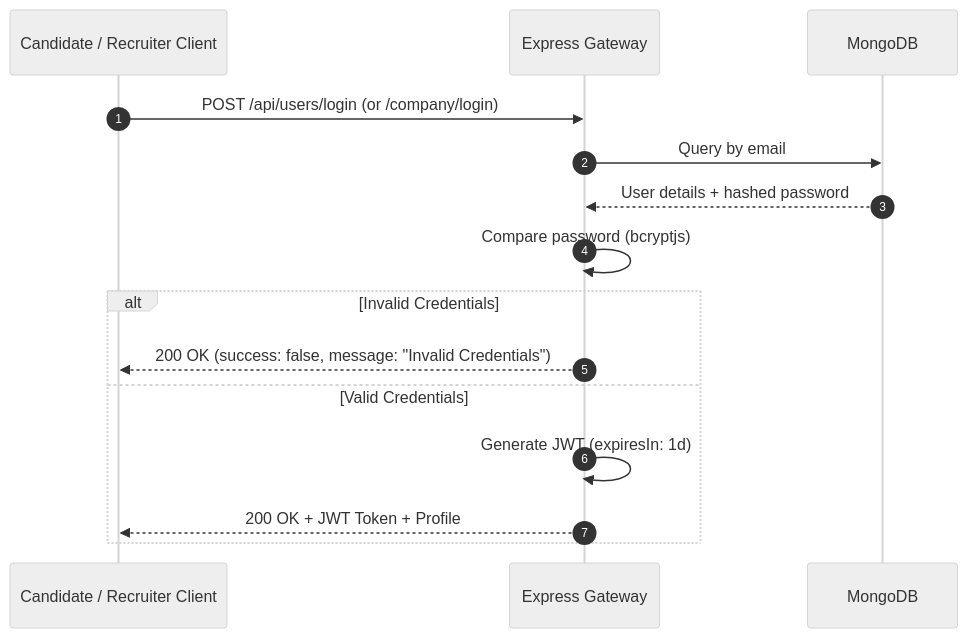
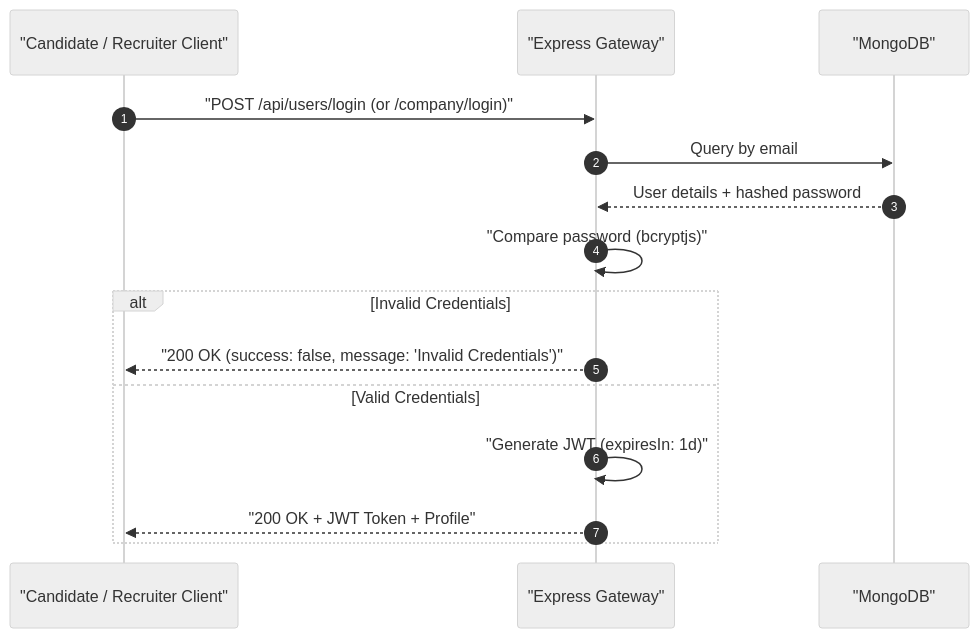
Before and after one commit to SarthakDudhe/InsiderJobs: the second of 3 diagrams in README.md, drawn with Mermaid (neutral theme). The commit also changed other lines of this file, not shown here.

Commit message:
update Mermaid diagrams with correct formatting and authentication flow accuracy

````diff
--- a/README.md
+++ b/README.md
@@ -144,18 +144,18 @@
 ```mermaid
 sequenceDiagram
     autonumber
-    participant Client as Candidate / Recruiter Client
-    participant API as Express Gateway
-    participant Database as MongoDB
+    participant Client as "Candidate / Recruiter Client"
+    participant API as "Express Gateway"
+    participant Database as "MongoDB"
     
-    Client->>API: POST /api/users/login (or /company/login)
+    Client->>API: "POST /api/users/login (or /company/login)"
     API->>Database: Query by email
     Database-->>API: User details + hashed password
-    API->>API: Compare password (bcryptjs)
+    API->>API: "Compare password (bcryptjs)"
     alt Invalid Credentials
-        API-->>Client: 200 OK (success: false, message: "Invalid Credentials")
+        API-->>Client: "200 OK (success: false, message: 'Invalid Credentials')"
     else Valid Credentials
-        API->>API: Generate JWT (expiresIn: 1d)
-        API-->>Client: 200 OK + JWT Token + Profile
+        API->>API: "Generate JWT (expiresIn: 1d)"
+        API-->>Client: "200 OK + JWT Token + Profile"
     end
 ```
````
